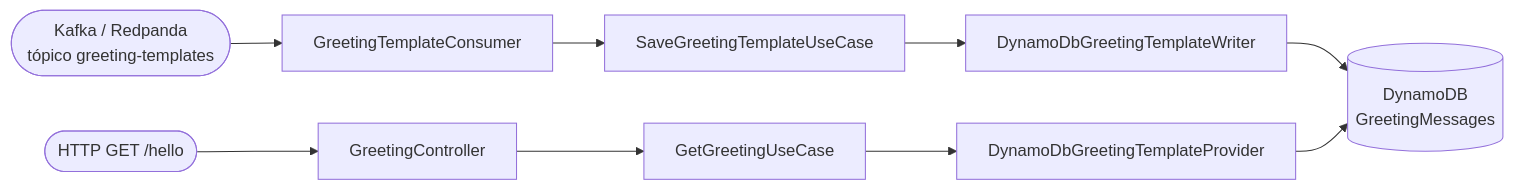
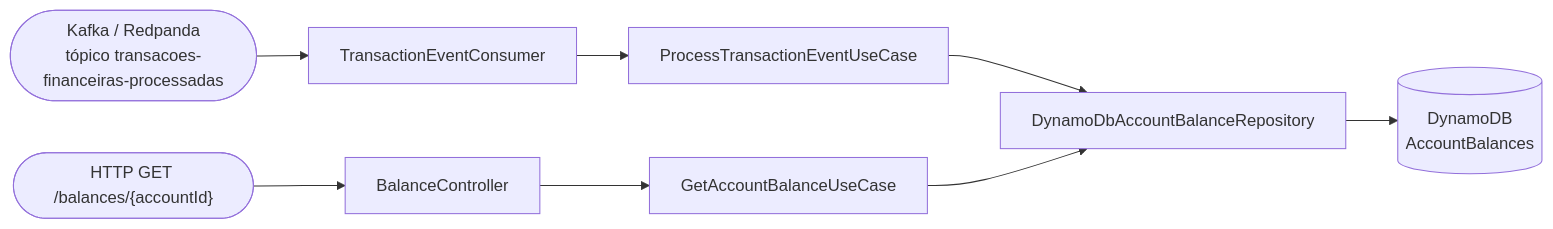
One commit to Phoa05/srv-saldo changed the second of 2 diagrams in README.md. Above: the diagram before and after it, drawn with Mermaid. The commit also changed other lines of this file, not shown here.

Commit message:
docs: rewrite README for balance domain, document DynamoDB and resilience decisions

````diff
--- a/README.md
+++ b/README.md
@@ -115,12 +99,11 @@
 ```mermaid
 flowchart LR
-    Kafka(["Kafka / Redpanda<br/>tópico greeting-templates"]) --> Consumer[GreetingTemplateConsumer]
-    Consumer --> SaveUC[SaveGreetingTemplateUseCase]
-    SaveUC --> Writer[DynamoDbGreetingTemplateWriter]
-    Writer --> DB[("DynamoDB<br/>GreetingMessages")]
+    Kafka(["Kafka / Redpanda<br/>tópico transacoes-financeiras-processadas"]) --> Consumer[TransactionEventConsumer]
+    Consumer --> ProcessUC[ProcessTransactionEventUseCase]
+    ProcessUC --> Repo[DynamoDbAccountBalanceRepository]
+    Repo --> DB[("DynamoDB<br/>AccountBalances")]
 
-    HTTP(["HTTP GET /hello"]) --> Controller[GreetingController]
-    Controller --> GetUC[GetGreetingUseCase]
-    GetUC --> Provider[DynamoDbGreetingTemplateProvider]
-    Provider --> DB
+    HTTP(["HTTP GET /balances/{accountId}"]) --> Controller[BalanceController]
+    Controller --> GetUC[GetAccountBalanceUseCase]
+    GetUC --> Repo
 ```
````
